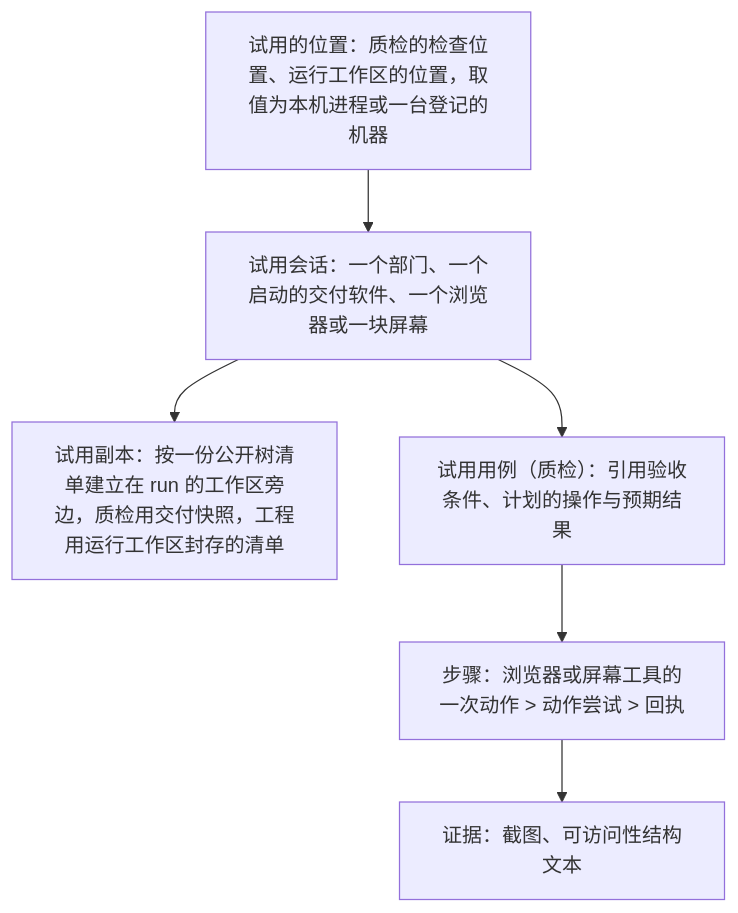
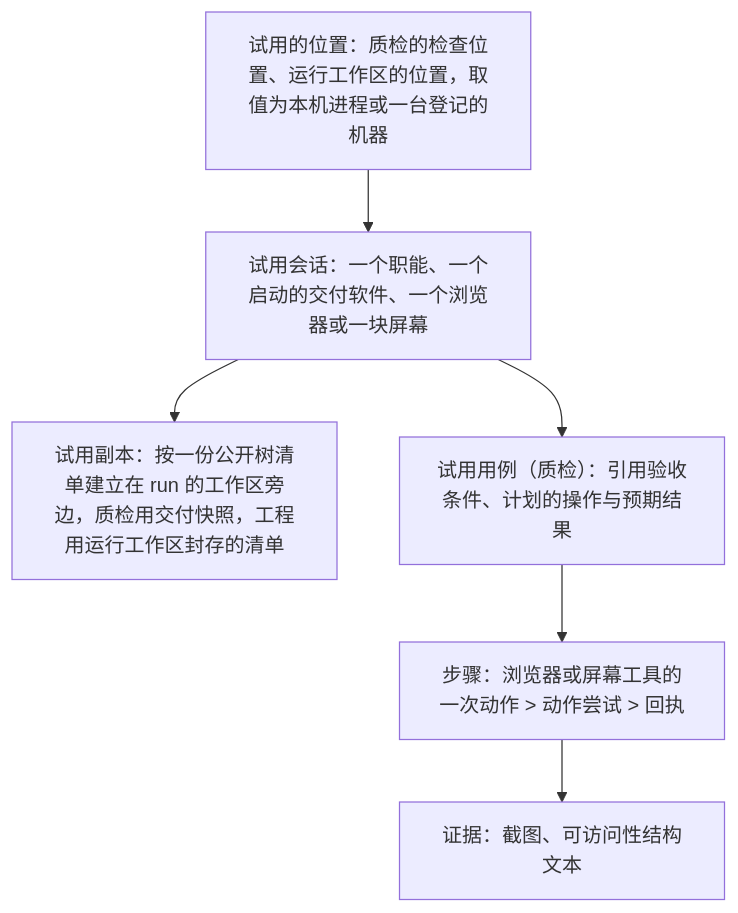
The first of 5 diagrams in docs/design/browser-and-computer-use.md (bender2333/yudao), drawn with Mermaid before and after one commit. The commit also changed other lines of this file and 149 other files, not shown here.

````diff
--- a/docs/design/browser-and-computer-use.md
+++ b/docs/design/browser-and-computer-use.md
@@ -29,11 +29,11 @@
 ```mermaid
 flowchart TB
   C["试用的位置：质检的检查位置、运行工作区的位置，取值为本机进程或一台登记的机器"]
-  S["试用会话：一个部门、一个启动的交付软件、一个浏览器或一块屏幕"]
+  S["试用会话：一个职能、一个启动的交付软件、一个浏览器或一块屏幕"]
   T["试用副本：按一份公开树清单建立在 run 的工作区旁边，质检用交付快照，工程用运行工作区封存的清单"]
   K["试用用例（质检）：引用验收条件、计划的操作与预期结果"]
   A["步骤：浏览器或屏幕工具的一次动作 > 动作尝试 > 回执"]
   E["证据：截图、可访问性结构文本"]
   C --> S --> T
   S --> K --> A --> E
 ```
````
